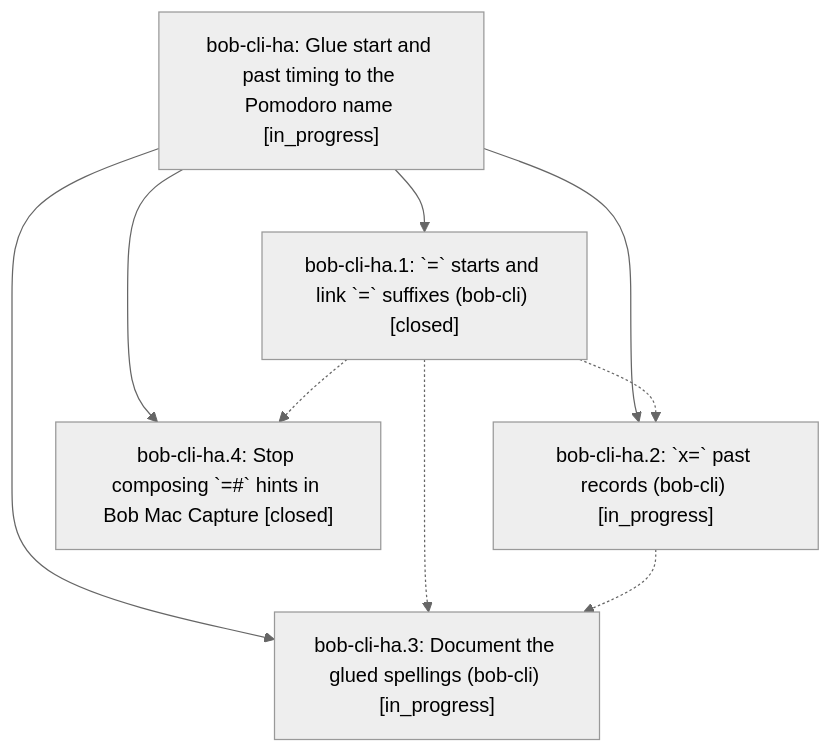
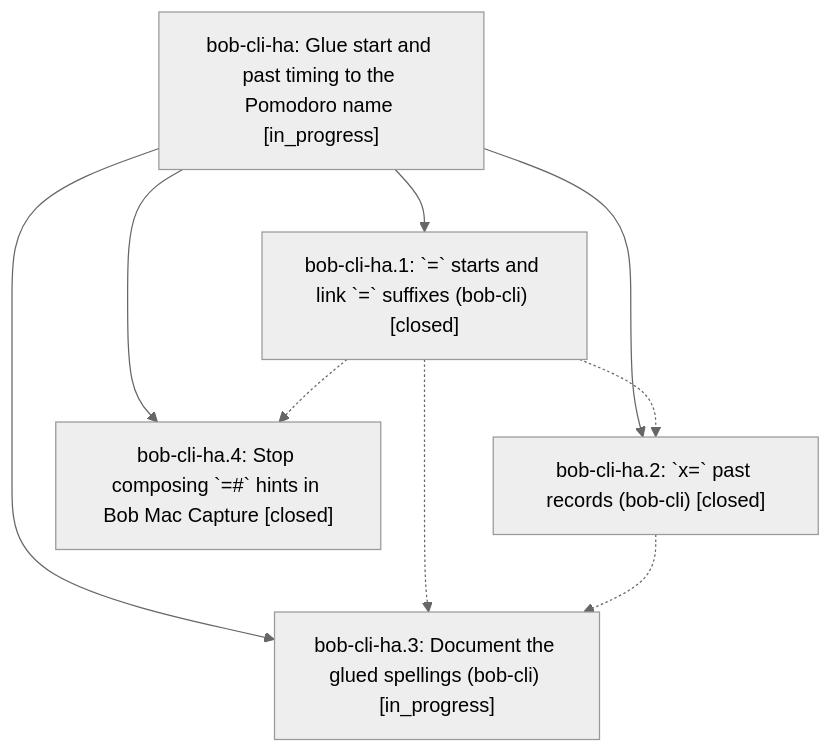
The diagram in pages/bob-cli-ha/README.md (bobs-org/bob-cli--beads), drawn with Mermaid (neutral theme) before and after one commit. The commit also changed other lines of this file and 4 other files, not shown here.

First line of the commit message:
chore(beads): sync bead state and pages for bob-cli-ha

````diff
--- a/pages/bob-cli-ha/README.md
+++ b/pages/bob-cli-ha/README.md
@@ -37,16 +37,16 @@
 ```mermaid
 flowchart TD
     n0["bob-cli-ha: Glue start and past timing to the Pomodoro name [in_progress]"]
     n1["bob-cli-ha.1: `=` starts and link `=` suffixes (bob-cli) [closed]"]
-    n2["bob-cli-ha.2: `x=` past records (bob-cli) [in_progress]"]
+    n2["bob-cli-ha.2: `x=` past records (bob-cli) [closed]"]
     n3["bob-cli-ha.3: Document the glued spellings (bob-cli) [in_progress]"]
     n4["bob-cli-ha.4: Stop composing `=#` hints in Bob Mac Capture [closed]"]
     n0 --> n1
     n0 --> n2
     n0 --> n3
     n0 --> n4
     n1 -.-> n2
     n1 -.-> n3
     n1 -.-> n4
     n2 -.-> n3
 ```
````
